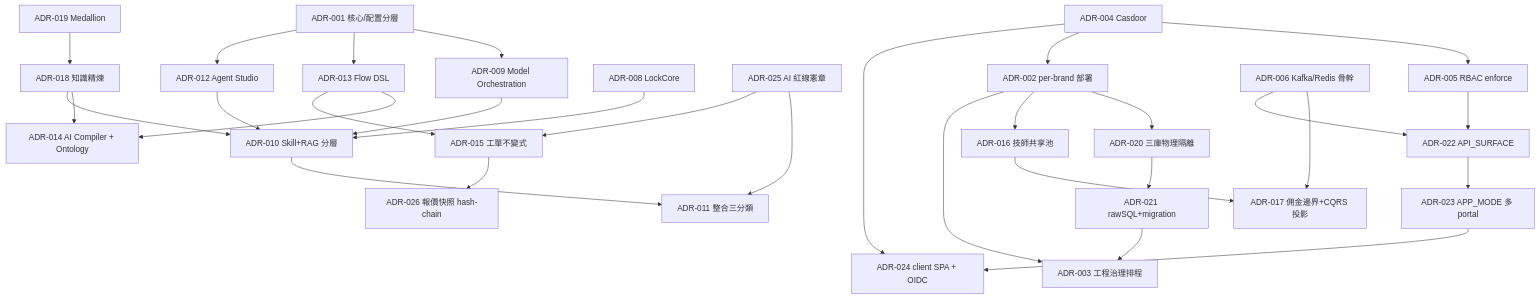
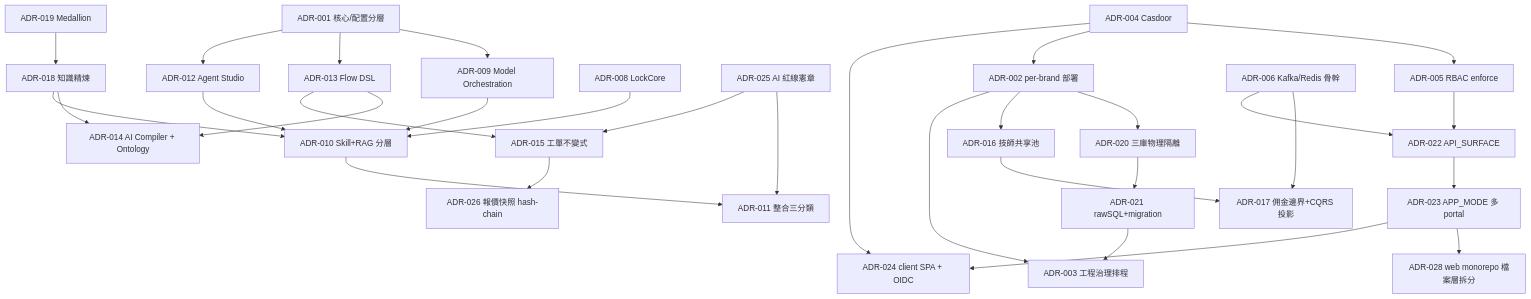
One commit to sunnyDataScience/Smart-Lock_AI_Support_Service_Dispatch_SaaS_Platform changed the diagram in smartlock-docs/enterprise/14_ADR/00_INDEX.md. Above: the diagram before and after it, drawn with Mermaid. The commit also changed other lines of this file and 17 other files, not shown here.

First line of the commit message:
refactor(web): S6+S7 Dockerfile 參數化 + compose/CI/deploy 重接 + ADR-028 治理

````diff
--- a/smartlock-docs/enterprise/14_ADR/00_INDEX.md
+++ b/smartlock-docs/enterprise/14_ADR/00_INDEX.md
@@ -67,32 +68,33 @@
 ```mermaid
 graph TD
   A001[ADR-001 核心/配置分層] --> A009[ADR-009 Model Orchestration]
   A001 --> A013[ADR-013 Flow DSL]
   A001 --> A012[ADR-012 Agent Studio]
   A013 --> A014[ADR-014 AI Compiler + Ontology]
   A013 --> A015[ADR-015 工單不變式]
   A018[ADR-018 知識精煉] --> A014
   A019[ADR-019 Medallion] --> A018
   A018 --> A010[ADR-010 Skill+RAG 分層]
   A009 --> A010
   A008[ADR-008 LockCore] --> A010
   A010 --> A011[ADR-011 整合三分類]
   A025[ADR-025 AI 紅線憲章] --> A011
   A025 --> A015
   A012 --> A010
   A004[ADR-004 Casdoor] --> A005[ADR-005 RBAC enforce]
   A004 --> A002[ADR-002 per-brand 部署]
   A002 --> A020[ADR-020 三庫物理隔離]
   A002 --> A016[ADR-016 技師共享池]
   A016 --> A017[ADR-017 佣金邊界+CQRS 投影]
   A006[ADR-006 Kafka/Redis 骨幹] --> A017
   A006 --> A022[ADR-022 API_SURFACE]
   A020 --> A021[ADR-021 rawSQL+migration]
   A021 --> A003[ADR-003 工程治理排程]
   A002 --> A003
   A005 --> A022
   A022 --> A023[ADR-023 APP_MODE 多 portal]
+  A023 --> A028[ADR-028 web monorepo 檔案層拆分]
   A004 --> A024[ADR-024 client SPA + OIDC]
   A023 --> A024
   A015 --> A026[ADR-026 報價快照 hash-chain]
 ```
````
